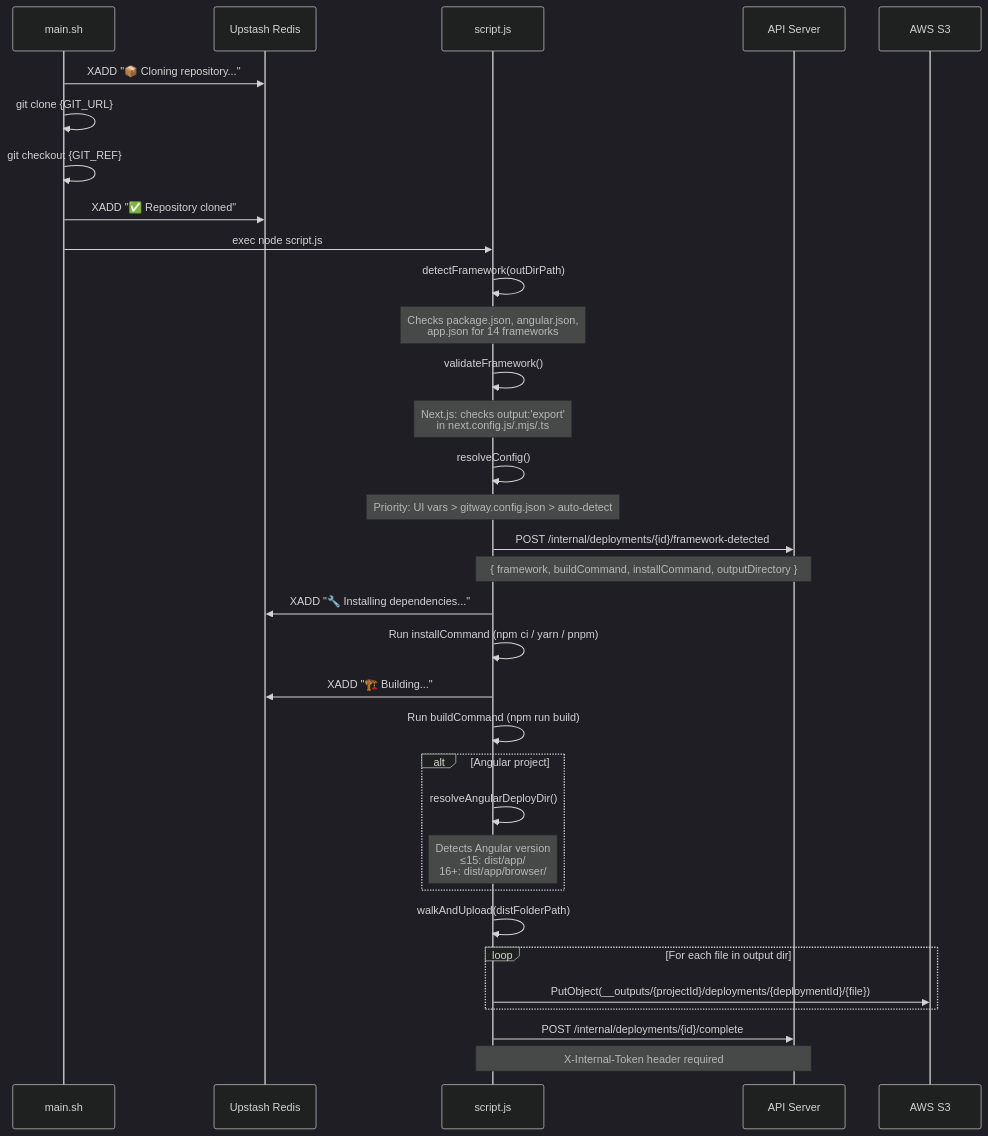
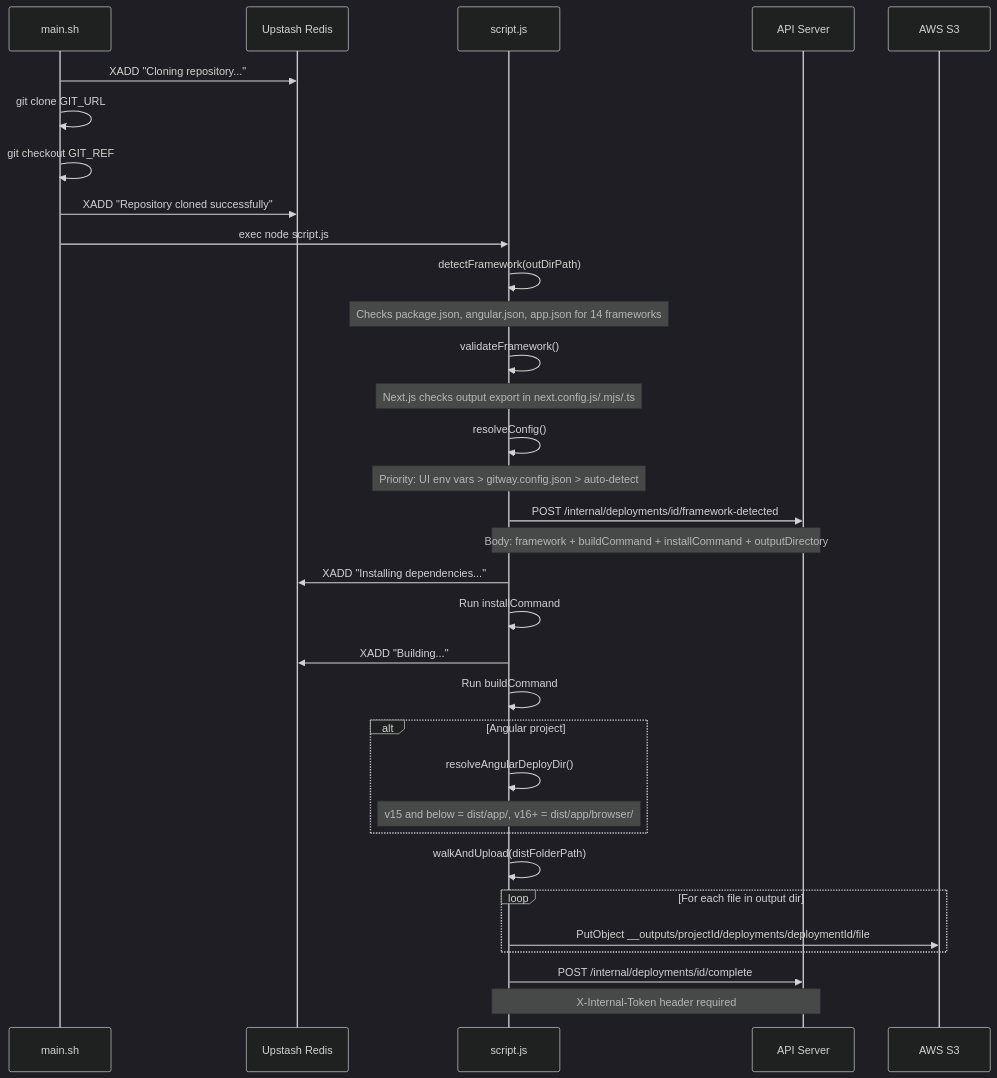
The fourth of 16 diagrams in README.md (Abdul1028/pushly-frontend), drawn with Mermaid (dark theme) before and after one commit. The commit also changed other lines of this file, not shown here.

Commit message:
(feat):add Custom domain sequence diagram

````diff
--- a/README.md
+++ b/README.md
@@ -151,45 +157,45 @@
 ```mermaid
 sequenceDiagram
     participant MAIN as main.sh
     participant REDIS as Upstash Redis
     participant SCRIPT as script.js
     participant API as API Server
     participant S3 as AWS S3
 
-    MAIN->>REDIS: XADD "📦 Cloning repository..."
-    MAIN->>MAIN: git clone {GIT_URL}
-    MAIN->>MAIN: git checkout {GIT_REF}
-    MAIN->>REDIS: XADD "✅ Repository cloned"
+    MAIN->>REDIS: XADD "Cloning repository..."
+    MAIN->>MAIN: git clone GIT_URL
+    MAIN->>MAIN: git checkout GIT_REF
+    MAIN->>REDIS: XADD "Repository cloned successfully"
     MAIN->>SCRIPT: exec node script.js
 
     SCRIPT->>SCRIPT: detectFramework(outDirPath)
-    Note over SCRIPT: Checks package.json, angular.json,<br/>app.json for 14 frameworks
+    Note over SCRIPT: Checks package.json, angular.json, app.json for 14 frameworks
 
     SCRIPT->>SCRIPT: validateFramework()
-    Note over SCRIPT: Next.js: checks output:'export'<br/>in next.config.js/.mjs/.ts
+    Note over SCRIPT: Next.js checks output export in next.config.js/.mjs/.ts
 
     SCRIPT->>SCRIPT: resolveConfig()
-    Note over SCRIPT: Priority: UI vars > gitway.config.json > auto-detect
+    Note over SCRIPT: Priority: UI env vars > gitway.config.json > auto-detect
 
-    SCRIPT->>API: POST /internal/deployments/{id}/framework-detected
-    Note over SCRIPT,API: { framework, buildCommand, installCommand, outputDirectory }
+    SCRIPT->>API: POST /internal/deployments/id/framework-detected
+    Note over SCRIPT,API: Body: framework + buildCommand + installCommand + outputDirectory
 
-    SCRIPT->>REDIS: XADD "🔧 Installing dependencies..."
-    SCRIPT->>SCRIPT: Run installCommand (npm ci / yarn / pnpm)
+    SCRIPT->>REDIS: XADD "Installing dependencies..."
+    SCRIPT->>SCRIPT: Run installCommand
 
-    SCRIPT->>REDIS: XADD "🏗️ Building..."
-    SCRIPT->>SCRIPT: Run buildCommand (npm run build)
+    SCRIPT->>REDIS: XADD "Building..."
+    SCRIPT->>SCRIPT: Run buildCommand
 
     alt Angular project
         SCRIPT->>SCRIPT: resolveAngularDeployDir()
-        Note over SCRIPT: Detects Angular version<br/>≤15: dist/app/<br/>16+: dist/app/browser/
+        Note over SCRIPT: v15 and below = dist/app/, v16+ = dist/app/browser/
     end
 
     SCRIPT->>SCRIPT: walkAndUpload(distFolderPath)
     loop For each file in output dir
-        SCRIPT->>S3: PutObject(__outputs/{projectId}/deployments/{deploymentId}/{file})
+        SCRIPT->>S3: PutObject __outputs/projectId/deployments/deploymentId/file
     end
 
-    SCRIPT->>API: POST /internal/deployments/{id}/complete
+    SCRIPT->>API: POST /internal/deployments/id/complete
     Note over SCRIPT,API: X-Internal-Token header required
 ```
````
